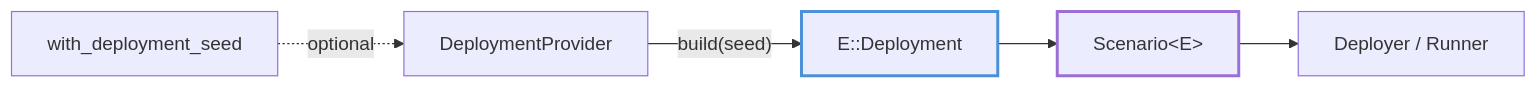
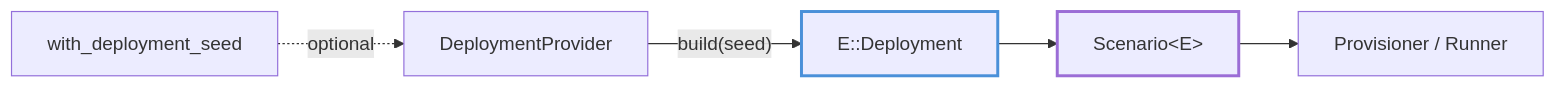
The diagram in book/src/topology.md (logos-blockchain/logos-blockchain-testing), drawn with Mermaid before and after one commit. The commit also changed other lines of this file and 47 other files, not shown here.

````diff
--- a/book/src/topology.md
+++ b/book/src/topology.md
@@ -78,11 +78,11 @@
 ```mermaid
 graph LR
     P[DeploymentProvider] -- "build(seed)" --> D[E::Deployment]
     S[with_deployment_seed] -. optional .-> P
     D --> SC["Scenario&lt;E&gt;"]
-    SC --> R[Deployer / Runner]
+    SC --> R[Provisioner / Runner]
     D:::cl
     SC:::sc
     classDef cl stroke:#4a90d9,stroke-width:2.5px;
     classDef sc stroke:#9b6dd6,stroke-width:2.5px;
 ```
````
